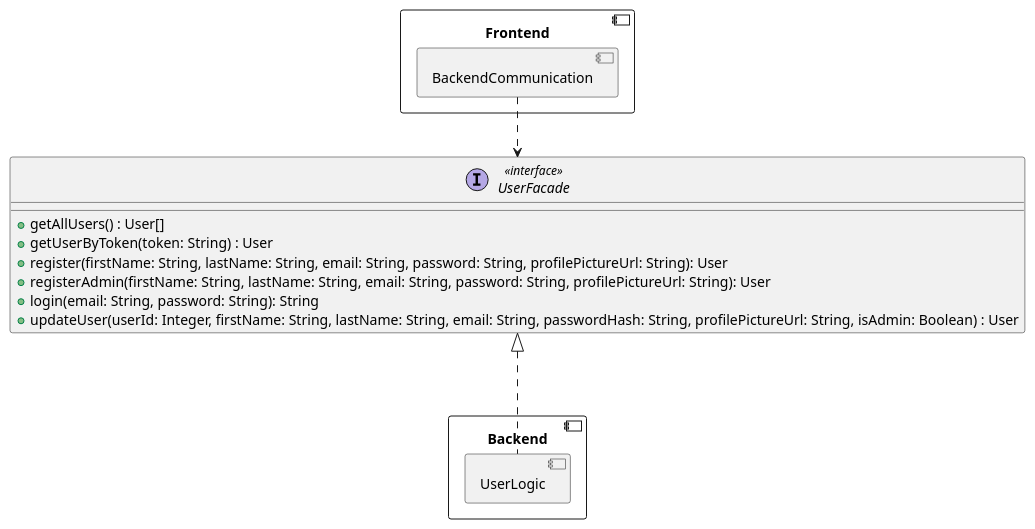
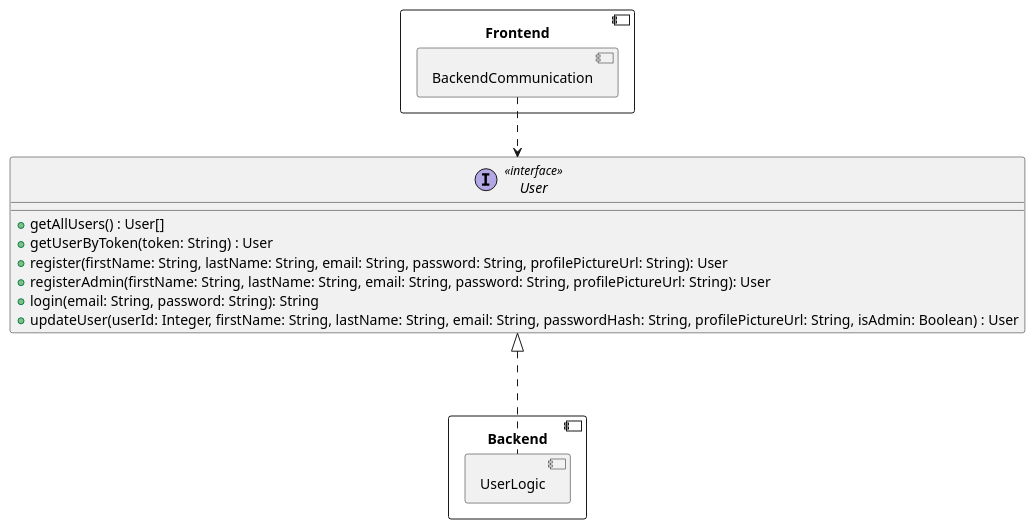
Before and after one commit to RadekBucki/OpinionCollectorArchitecture: the second of 5 diagrams in frontend/BackendCommunication.md, drawn with PlantUML. The commit also changed other lines of this file and 6 other files, not shown here.

````diff
--- a/frontend/BackendCommunication.md
+++ b/frontend/BackendCommunication.md
@@ -47,26 +47,26 @@
 ```plantuml
 @startuml
 component Frontend {
     component BackendCommunication {
     }
 }
 
 component Backend {
     component UserLogic {
     }
 }
 
-interface UserFacade <<interface>> {
+interface User <<interface>> {
     + getAllUsers() : User[]
     + getUserByToken(token: String) : User
     + register(firstName: String, lastName: String, email: String, password: String, profilePictureUrl: String): User
     + registerAdmin(firstName: String, lastName: String, email: String, password: String, profilePictureUrl: String): User
     + login(email: String, password: String): String
     + updateUser(userId: Integer, firstName: String, lastName: String, email: String, passwordHash: String, profilePictureUrl: String, isAdmin: Boolean) : User
 }
 
-BackendCommunication ..>   UserFacade
-UserFacade           <|... UserLogic
+BackendCommunication ..>   User
+User                 <|... UserLogic
 
 @enduml 
 ```
````
